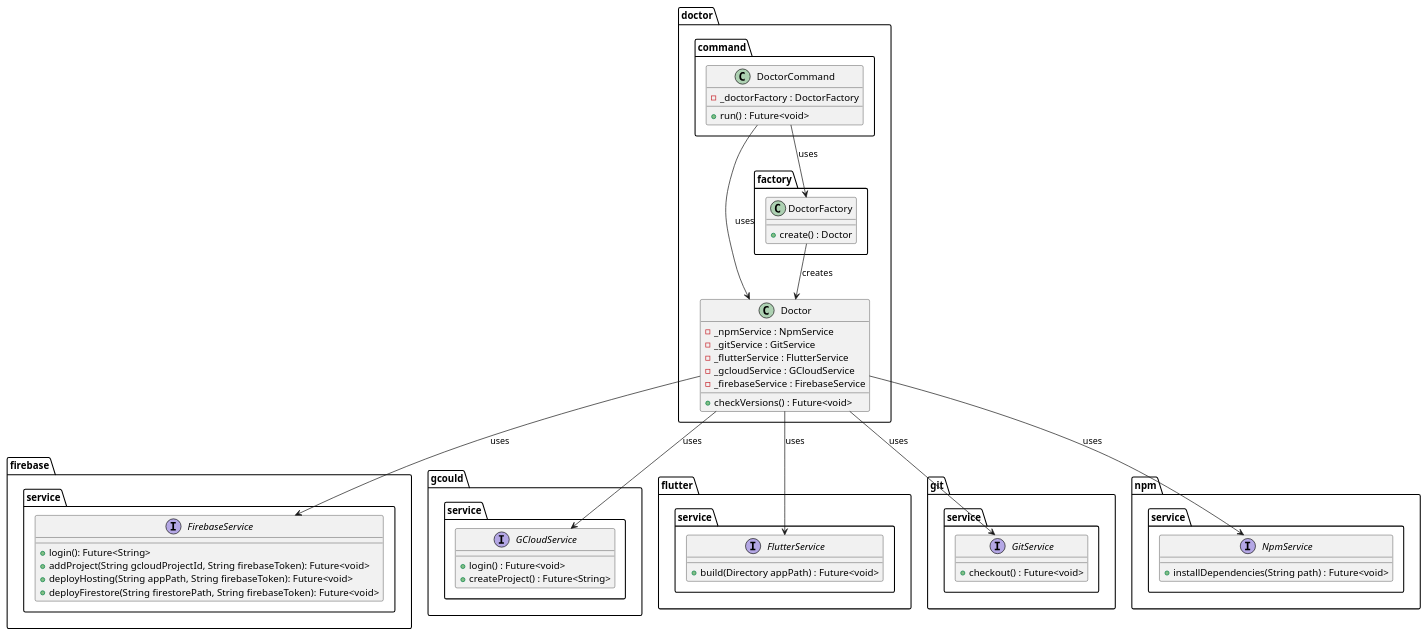
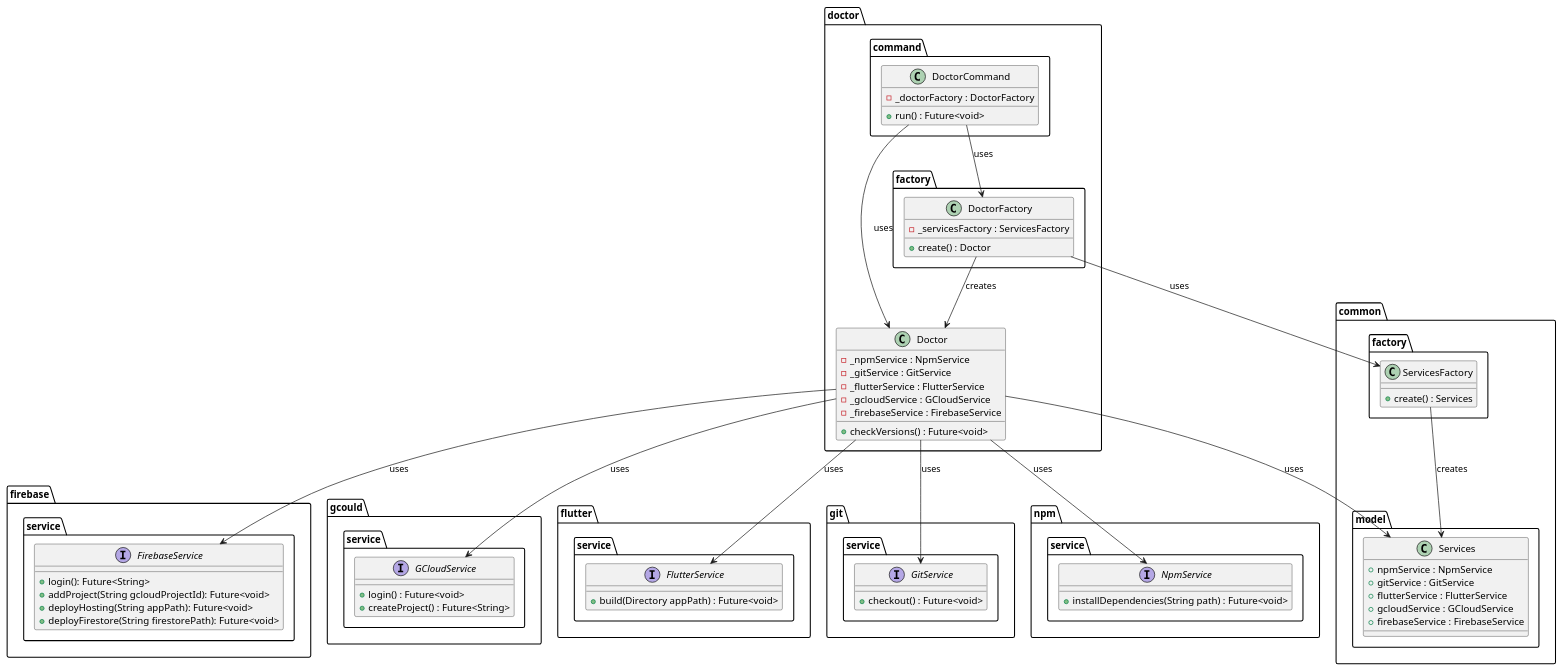
Before and after one commit to Flank/flank-dashboard: the diagram in metrics/cli/docs/diagrams/doctor_command_class_diagram.puml, drawn with PlantUML. The commit also changed 10 other files, not shown here.

```diff
--- a/metrics/cli/docs/diagrams/doctor_command_class_diagram.puml
+++ b/metrics/cli/docs/diagrams/doctor_command_class_diagram.puml
@@ -1,72 +1,96 @@
 @startuml doctor_command_class_diagram
 
 package firebase.service {
     interface FirebaseService {
         + login(): Future<String>
-        + addProject(String gcloudProjectId, String firebaseToken): Future<void>
-        + deployHosting(String appPath, String firebaseToken): Future<void>
-        + deployFirestore(String firestorePath, String firebaseToken): Future<void>
+        + addProject(String gcloudProjectId): Future<void>
+        + deployHosting(String appPath): Future<void>
+        + deployFirestore(String firestorePath): Future<void>
     }
 }
 
 package gcould.service {
     interface GCloudService {
         + login() : Future<void>
         + createProject() : Future<String>
     }
 }
 
 package flutter.service {
     interface FlutterService  {
         + build(Directory appPath) : Future<void>
     }
 }
 
 package git.service{
     interface GitService  {
         + checkout() : Future<void>
     }
 }
 
 package npm.service {
     interface NpmService  {
         + installDependencies(String path) : Future<void>
     }
 }
 
+package common {
+    package model {
+        class Services {
+            + npmService : NpmService
+            + gitService : GitService
+            + flutterService : FlutterService
+            + gcloudService : GCloudService
+            + firebaseService : FirebaseService
+        }
+    }
+
+    package factory as common.factory{
+        class ServicesFactory {
+            + create() : Services
+        }
+    }
+}
+
 package doctor {
     package command {
         class DoctorCommand {
             - _doctorFactory : DoctorFactory
             + run() : Future<void>
         }
     }
 
     package factory {
         class DoctorFactory {
+            - _servicesFactory : ServicesFactory
             + create() : Doctor
         }
     }
 
     class Doctor {
         - _npmService : NpmService
         - _gitService : GitService
         - _flutterService : FlutterService
         - _gcloudService : GCloudService
         - _firebaseService : FirebaseService
         + checkVersions() : Future<void>
     }
 }
 
 DoctorCommand -down-> Doctor : uses
 DoctorCommand --> DoctorFactory : uses
 
 DoctorFactory --> Doctor : creates
+DoctorFactory --> ServicesFactory : uses
+
+ServicesFactory --> Services : creates
 
 Doctor -down-> NpmService : uses
 Doctor -down-> GitService : uses
 Doctor -down-> FlutterService : uses
 Doctor -down-> GCloudService : uses
 Doctor -down-> FirebaseService : uses
+Doctor -> Services : uses
+
 
 @enduml
```
